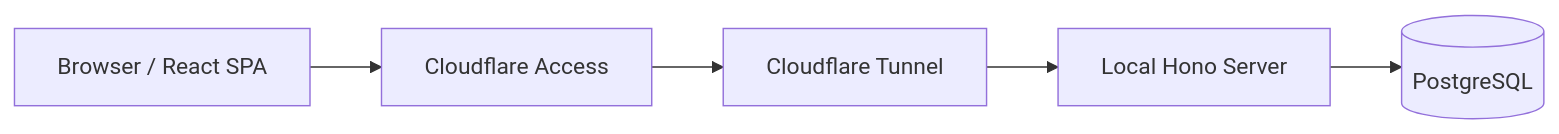
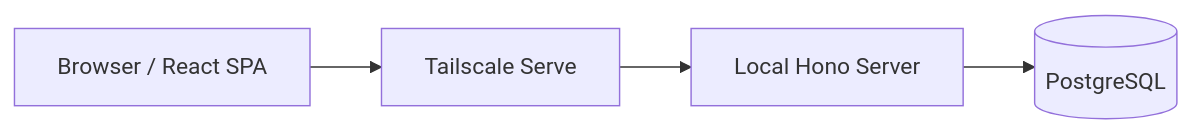
Before and after one commit to Kawatan1927/cooking-planner: the diagram in docs/docs/index.mdx, drawn with Mermaid. The commit also changed other lines of this file and 30 other files, not shown here.

````diff
--- a/docs/docs/index.mdx
+++ b/docs/docs/index.mdx
@@ -22,7 +22,6 @@
 ```mermaid
 flowchart LR
-  Browser["Browser / React SPA"] --> Access["Cloudflare Access"]
-  Access --> Tunnel["Cloudflare Tunnel"]
-  Tunnel --> Hono["Local Hono Server"]
+  Browser["Browser / React SPA"] --> Serve["Tailscale Serve"]
+  Serve --> Hono["Local Hono Server"]
   Hono --> Postgres[("PostgreSQL")]
 ```
````
